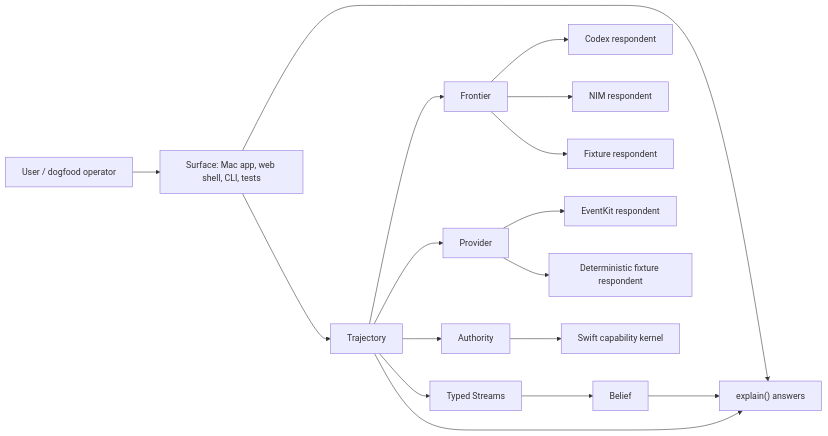
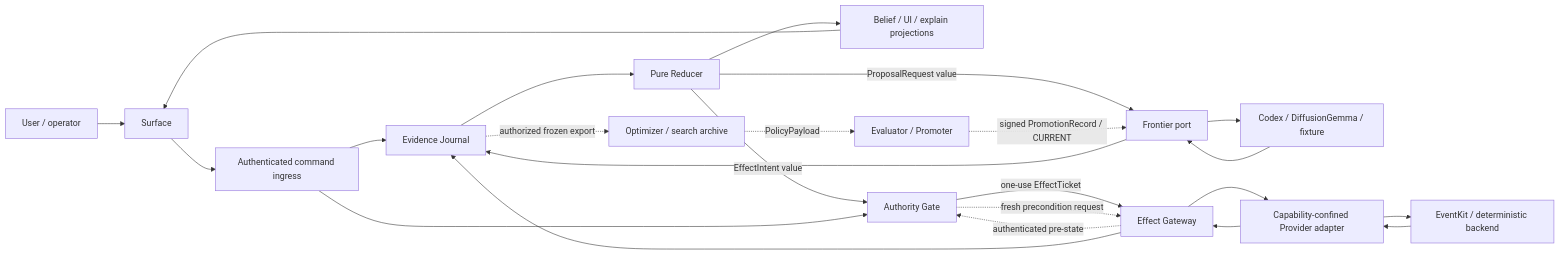
One commit to Whatintheccc/Destination changed the diagram in compression-roadmap.md. Above: the diagram before and after it, drawn with Mermaid. The commit also changed other lines of this file, not shown here.

Commit message:
docs: rationalize compression architecture vertically

````diff
--- a/compression-roadmap.md
+++ b/compression-roadmap.md
@@ -540,19 +616,27 @@
 ```mermaid
 flowchart LR
-    User["User / dogfood operator"] --> Surface["Surface: Mac app, web shell, CLI, tests"]
-    Surface --> Explain["explain() answers"]
-    Surface --> Trajectory["Trajectory"]
-    Trajectory --> Stream["Typed Streams"]
-    Trajectory --> Frontier["Frontier"]
-    Trajectory --> Authority["Authority"]
-    Trajectory --> Provider["Provider"]
-    Stream --> Belief["Belief"]
-    Frontier --> Codex["Codex respondent"]
-    Frontier --> NIM["NIM respondent"]
-    Frontier --> Fixture["Fixture respondent"]
-    Provider --> EventKit["EventKit respondent"]
-    Provider --> Deterministic["Deterministic fixture respondent"]
-    Authority --> Swift["Swift capability kernel"]
-    Belief --> Explain
-    Trajectory --> Explain
+    User["User / operator"] --> Surface["Surface"]
+    Surface --> Ingress["Authenticated command ingress"]
+    Ingress --> Journal["Evidence Journal"]
+    Journal --> Reducer["Pure Reducer"]
+    Reducer --> Views["Belief / UI / explain projections"]
+    Views --> Surface
+    Reducer -->|ProposalRequest value| FPort["Frontier port"]
+    FPort --> Respondents["Codex / DiffusionGemma / fixture"]
+    Respondents --> FPort
+    FPort --> Journal
+    Reducer -->|EffectIntent value| Gate["Authority Gate"]
+    Ingress --> Gate
+    Gate -->|one-use EffectTicket| Gateway["Effect Gateway"]
+    Gate -. fresh precondition request .-> Gateway
+    Gateway -. authenticated pre-state .-> Gate
+    Gateway --> PPort["Capability-confined Provider adapter"]
+    PPort --> Providers["EventKit / deterministic backend"]
+    Providers --> PPort
+    PPort --> Gateway
+    Gateway --> Journal
+
+    Journal -. authorized frozen export .-> Optimizer["Optimizer / search archive"]
+    Optimizer -. PolicyPayload .-> Evaluator["Evaluator / Promoter"]
+    Evaluator -. signed PromotionRecord / CURRENT .-> FPort
 ```
````
